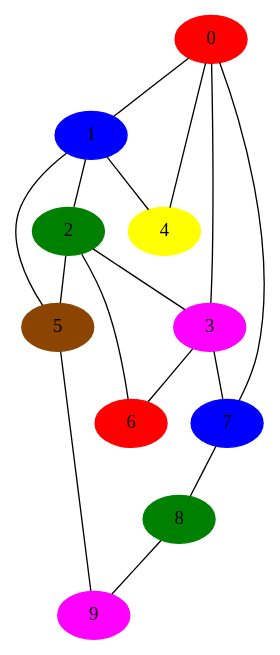
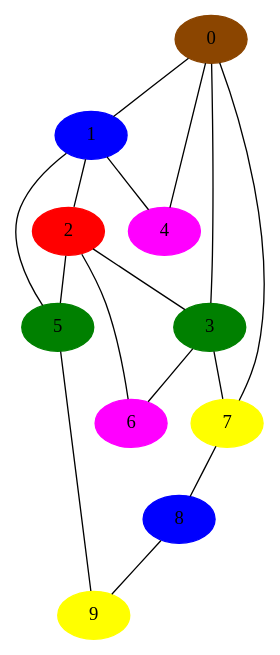
The diagram in CSlAB_2017/GraphNextSession/planar2ColoredPlanar.dot (kuldeep725/COLLEGE_STUFFS), drawn with Graphviz before and after one commit. The commit also changed 4 other files, not shown here.

Commit message:
PLANAR GRAPH COLORING DONE

```diff
--- a/CSlAB_2017/GraphNextSession/planar2ColoredPlanar.dot
+++ b/CSlAB_2017/GraphNextSession/planar2ColoredPlanar.dot
@@ -1,30 +1,30 @@
 graph planar2 {
       0 -- 1 ;
       0 -- 3 ;
       0 -- 4 ;
       0 -- 7 ;
       1 -- 2 ;
       1 -- 4 ;
       1 -- 5 ;
       2 -- 3 ;
       2 -- 5 ;
       2 -- 6 ;
       3 -- 6 ;
       3 -- 7 ;
       4 ;
       5 -- 9 ;
       6 ;
       7 -- 8 ;
       8 -- 9 ;
       9 ;
-      0 [color=red, style=filled];
+      0 [color=darkorange4, style=filled];
       1 [color=blue, style=filled];
-      2 [color=green, style=filled];
-      3 [color=magenta, style=filled];
-      4 [color=yellow, style=filled];
-      5 [color=darkorange4, style=filled];
-      6 [color=red, style=filled];
-      7 [color=blue, style=filled];
-      8 [color=green, style=filled];
-      9 [color=magenta, style=filled]
+      2 [color=red, style=filled];
+      3 [color=green, style=filled];
+      4 [color=magenta, style=filled];
+      5 [color=green, style=filled];
+      6 [color=magenta, style=filled];
+      7 [color=yellow, style=filled];
+      8 [color=blue, style=filled];
+      9 [color=yellow, style=filled]
 }
```
